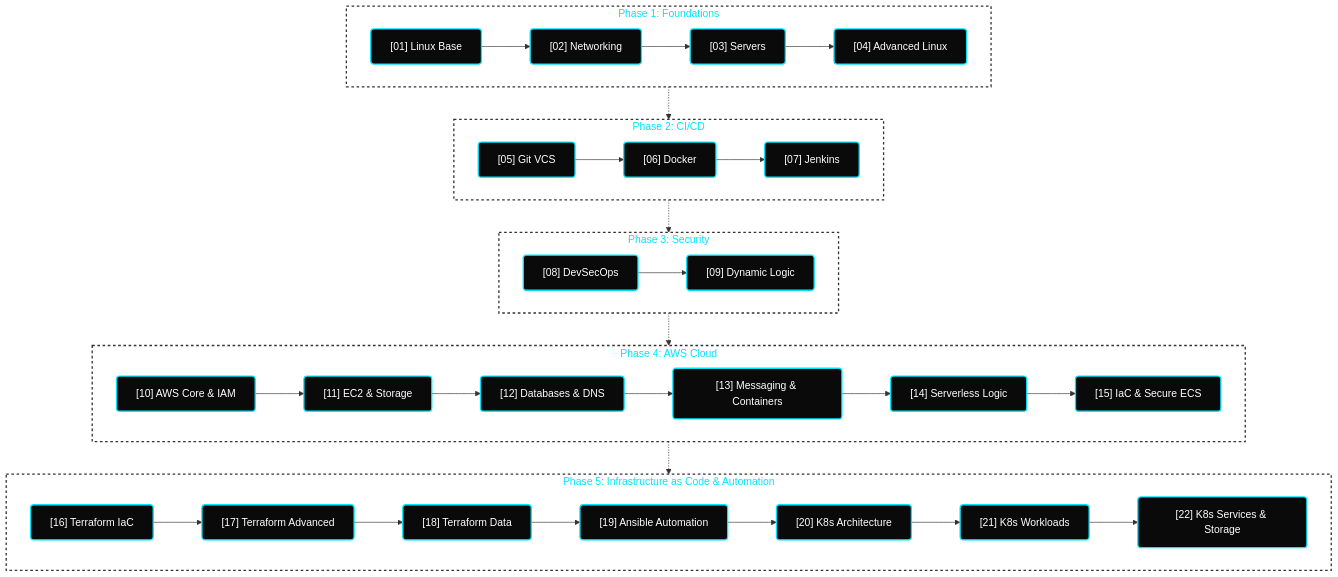
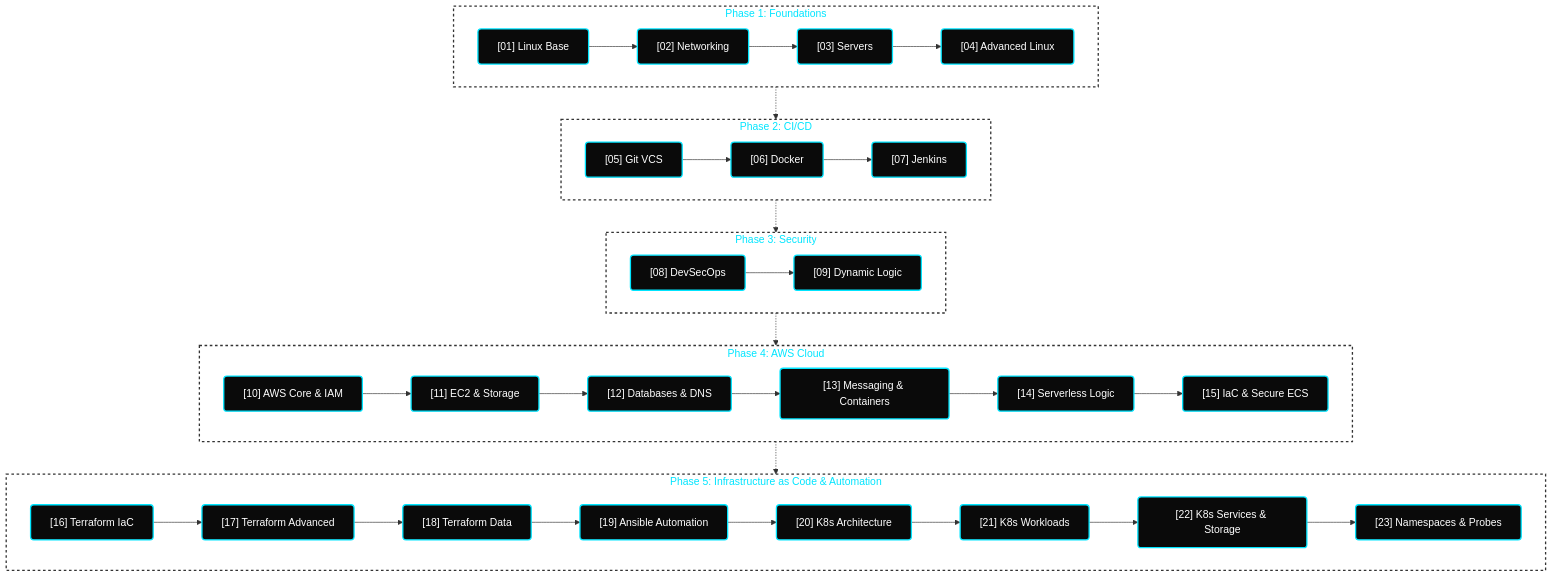
The diagram in README.md (hridyen/DevOps-Survival-Roadmap), drawn with Mermaid before and after one commit. The commit also changed other lines of this file and 3 other files, not shown here.

````diff
--- a/README.md
+++ b/README.md
@@ -122,33 +124,33 @@
 ```mermaid
 flowchart TD
     classDef default fill:#0A0A0A,stroke:#00E5FF,stroke-width:2px,color:#FFFFFF,rx:5px,ry:5px;
     classDef active fill:#0A0A0A,stroke:#FF0055,stroke-width:3px,color:#FFFFFF,rx:5px,ry:5px;
     classDef phase fill:transparent,stroke:#333333,stroke-width:2px,stroke-dasharray: 4 4,color:#00E5FF;
 
     subgraph P1 [Phase 1: Foundations]
         A["[01] Linux Base"] --> B["[02] Networking"] --> C["[03] Servers"] --> D["[04] Advanced Linux"]
     end
 
     subgraph P2 [Phase 2: CI/CD]
         E["[05] Git VCS"] --> F["[06] Docker"] --> G["[07] Jenkins"]
     end
 
     subgraph P3 [Phase 3: Security]
         H["[08] DevSecOps"] --> I["[09] Dynamic Logic"]
     end
 
     subgraph P4 [Phase 4: AWS Cloud]
         J["[10] AWS Core & IAM"] --> K["[11] EC2 & Storage"] --> L["[12] Databases & DNS"] --> M["[13] Messaging & Containers"] --> N["[14] Serverless Logic"] --> O["[15] IaC & Secure ECS"]
     end
 
     subgraph P5 [Phase 5: Infrastructure as Code & Automation]
-        P["[16] Terraform IaC"] --> Q["[17] Terraform Advanced"] --> R["[18] Terraform Data"] --> S["[19] Ansible Automation"] --> T["[20] K8s Architecture"] --> U["[21] K8s Workloads"] --> V["[22] K8s Services & Storage"]
+        P["[16] Terraform IaC"] --> Q["[17] Terraform Advanced"] --> R["[18] Terraform Data"] --> S["[19] Ansible Automation"] --> T["[20] K8s Architecture"] --> U["[21] K8s Workloads"] --> V["[22] K8s Services & Storage"] --> W["[23] Namespaces & Probes"]
     end
 
     P1 -.-> P2
     P2 -.-> P3
     P3 -.-> P4
     P4 -.-> P5
     
     class P1,P2,P3,P4,P5 phase;
 ```
````
